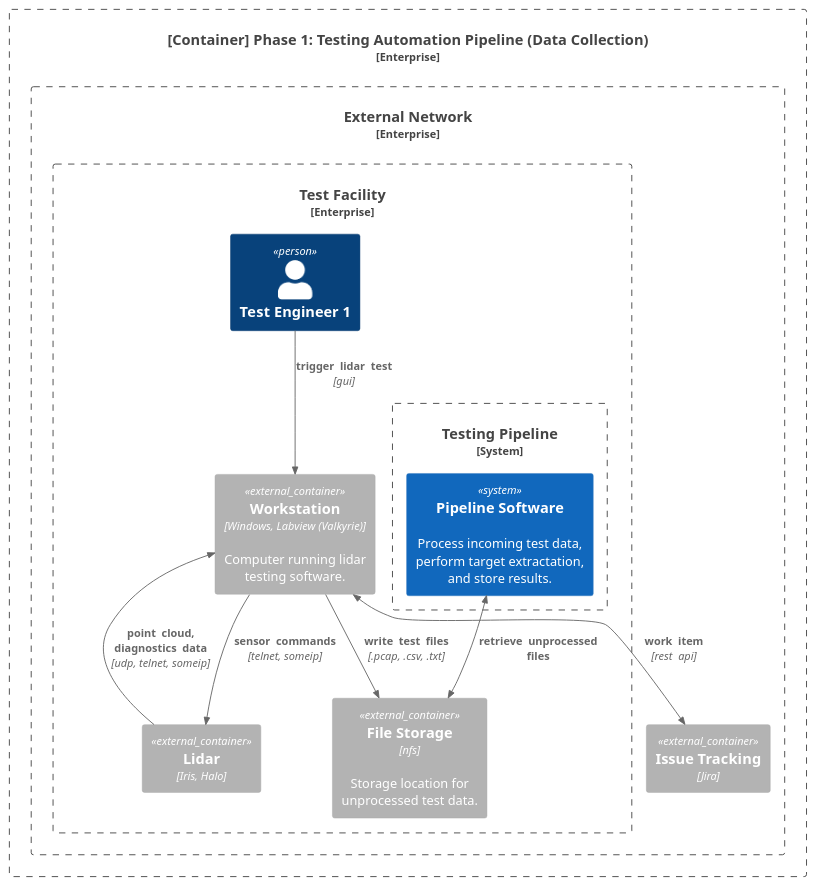
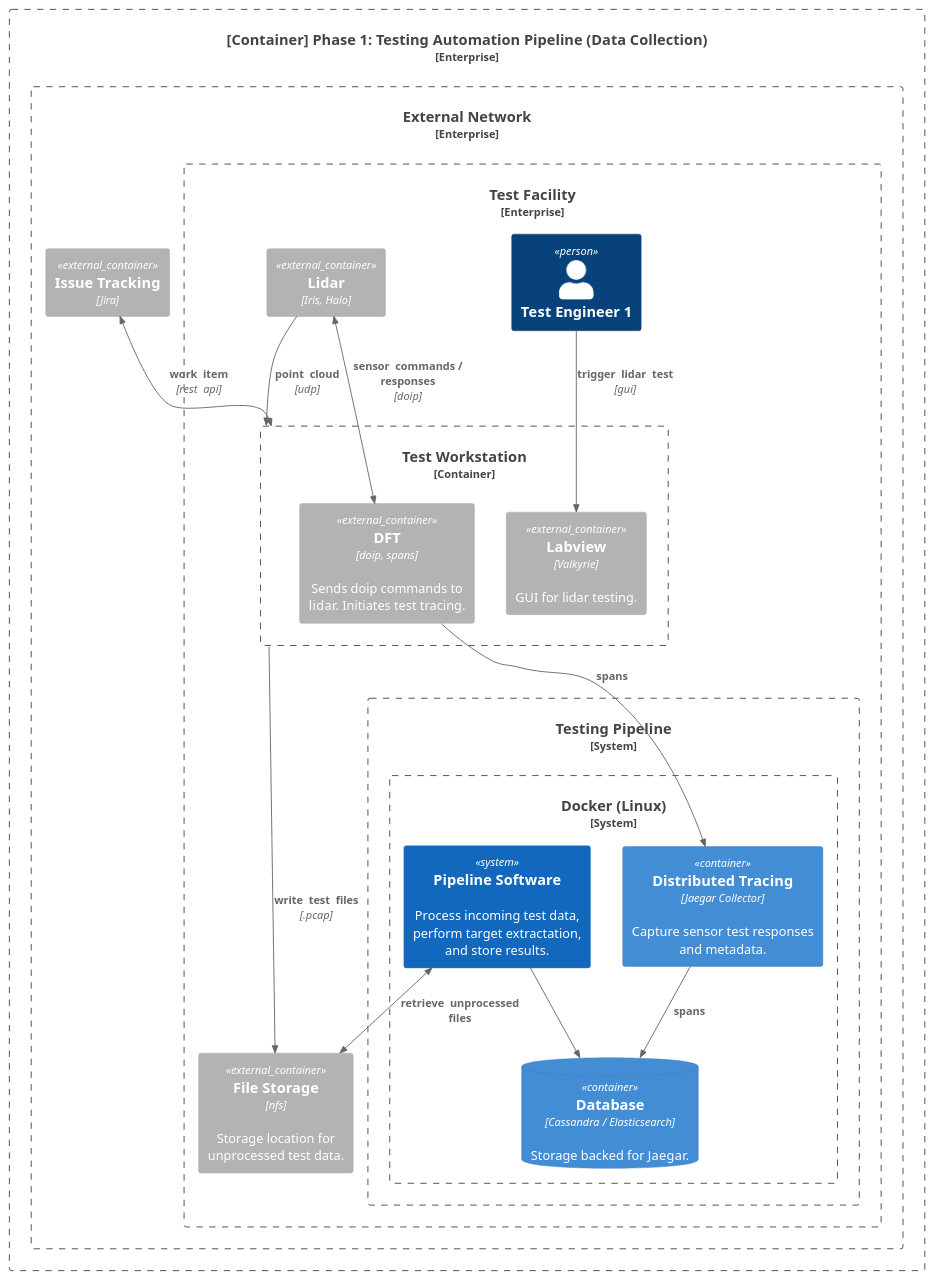
One commit to matthew-beisser/testing-automation-pipeline-3 changed the diagram in docs/architecture/views/container_diagram_phase_2_data_collection.plantuml. Above: the diagram before and after it, drawn with PlantUML. The commit also changed 2 other files, not shown here.

```diff
--- a/docs/architecture/views/container_diagram_phase_2_data_collection.plantuml
+++ b/docs/architecture/views/container_diagram_phase_2_data_collection.plantuml
@@ -1,35 +1,47 @@
 @startuml container_diagram_phase_2_data_collection
 !include https://raw.githubusercontent.com/plantuml-stdlib/C4-PlantUML/master/C4_Context.puml
 !include https://raw.githubusercontent.com/plantuml-stdlib/C4-PlantUML/master/C4_Container.puml
 
 ' Elements
 Enterprise_Boundary(System, "[Container] Phase 1: Testing Automation Pipeline (Data Collection)") {
     Enterprise_Boundary(CloudSystem, "External Network") {    
         Container_Ext(Jira, "Issue Tracking", "Jira")
         
         Enterprise_Boundary(FacilitySystem, "Test Facility") {
             Person(Tester1, "Test Engineer 1")
-            Container_Ext(TestWorkStation, "Workstation", "Windows, Labview (Valkyrie)", "Computer running lidar testing software.")
-            Container_Ext(Lidar, "Lidar", "Iris, Halo", "")
+
+            Container_Ext(Lidar, "Lidar", "Iris, Halo")
+
+            Container_Boundary(TestWorkStation, "Test Workstation") {
+                Container_Ext(Valkyrie, "Labview", "Valkyrie", "GUI for lidar testing.")
+                Container_Ext(DFTLib, "DFT", "doip, spans", "Sends doip commands to lidar. Initiates test tracing.")
+            }
 
             Container_Ext(FileStorage, "File Storage", "nfs", "Storage location for unprocessed test data.")
 
             System_Boundary(TestPipelineSystem, "Testing Pipeline") {
-                System(TestPipeline, "Pipeline Software", "Process incoming test data, perform target extractation, and store results.")
+                System_Boundary(Docker, "Docker (Linux)")  {
+                    System(TestPipeline, "Pipeline Software", "Process incoming test data, perform target extractation, and store results.")
+                    Container(Jaegar, "Distributed Tracing", "Jaegar Collector", "Capture sensor test responses and metadata.")
+                    ContainerDb(Database, "Database", "Cassandra / Elasticsearch", "Storage backed for Jaegar.")
+                }
             }
         }
     }
 }
 
-Lay_U(Jira, TestWorkStation)
+Lay_R(Jira, FileStorage)
 
 ' Relationships
-Rel(Tester1, TestWorkStation, "trigger  lidar  test", "gui")
+Rel(Tester1, Valkyrie, "trigger  lidar  test", "gui")
 BiRel(Jira, TestWorkStation, "work  item", "rest  api")
-Rel(TestWorkStation, FileStorage, "write  test  files", ".pcap, .csv, .txt")
+Rel(TestWorkStation, FileStorage, "write  test  files", ".pcap")
 BiRel(TestPipeline, FileStorage, "retrieve  unprocessed  files")
-Rel(TestWorkStation, Lidar, "sensor  commands", "telnet, someip")
+Rel(TestPipeline, Database, "")
+BiRel(DFTLib, Lidar, "sensor  commands / responses", "doip")
+Rel(DFTLib, Jaegar, "spans")
+Rel(Jaegar, Database, "spans")
 
-Rel(Lidar, TestWorkStation, "point  cloud,\ndiagnostics  data", "udp, telnet, someip")
+Rel(Lidar, TestWorkStation, "point  cloud", "udp")
 
 @enduml
```
